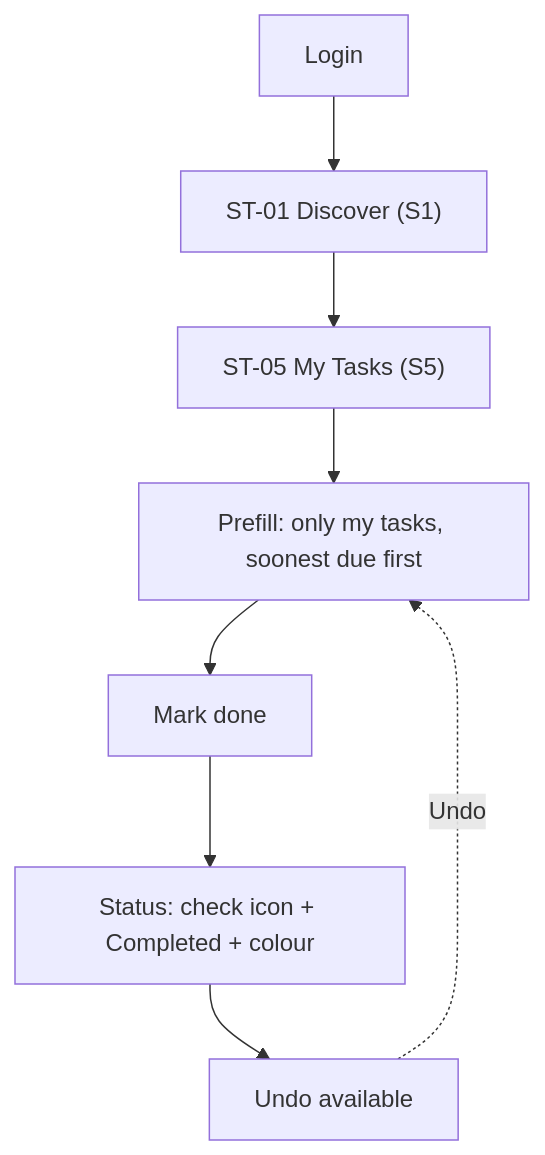
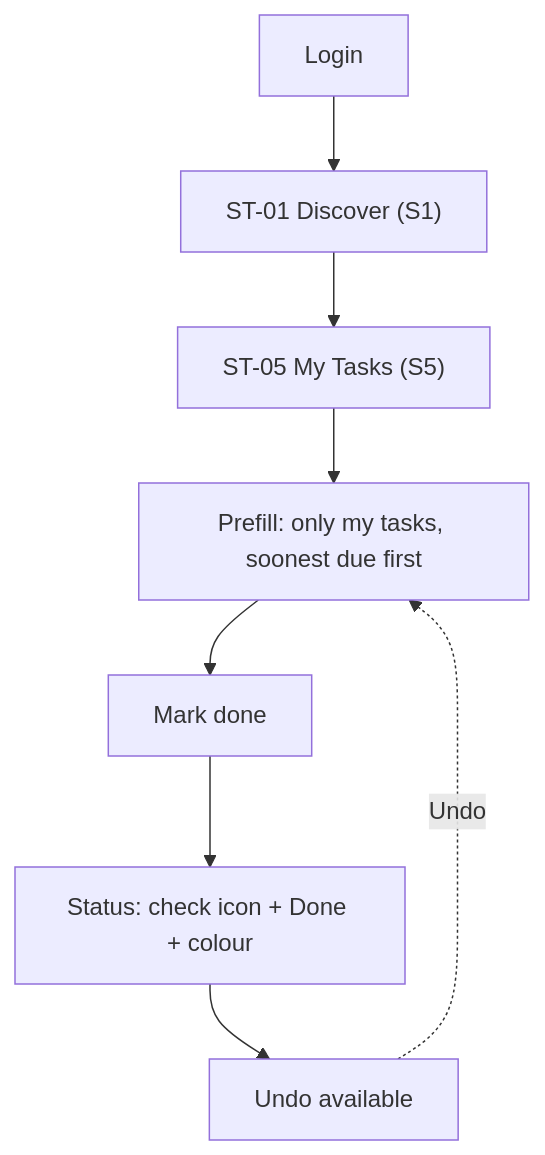
The diagram in docs/flows/organizer-mark-task-done.md (Komal5578/frcrce_event_management), drawn with Mermaid before and after one commit. The commit also changed 42 other files, not shown here.

Commit message:
feat: add development runner script and update roadmap for v2 FastAPI and Next.js milestone

````diff
--- a/docs/flows/organizer-mark-task-done.md
+++ b/docs/flows/organizer-mark-task-done.md
@@ -9,17 +9,17 @@
 ```mermaid
 flowchart TD
   L["Login"]
   ST01["ST-01 Discover (S1)"]
   ST05["ST-05 My Tasks (S5)"]
   P1["Prefill: only my tasks, soonest due first"]
   M1["Mark done"]
-  S1["Status: check icon + Completed + colour"]
+  S1["Status: check icon + Done + colour"]
   U1["Undo available"]
   L --> ST01
   ST01 --> ST05
   ST05 --> P1
   P1 --> M1
   M1 --> S1
   S1 --> U1
   U1 -.->|Undo| P1
 ```
````
